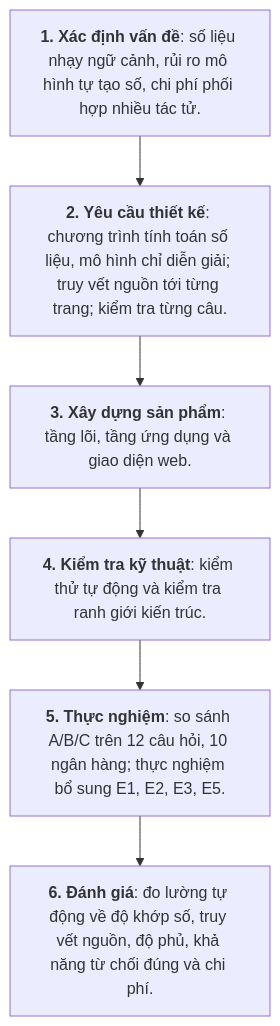
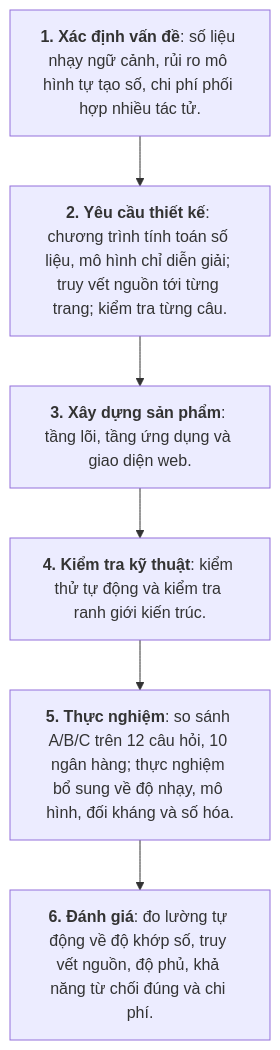
One commit to thaicuong576/final-thesis changed the diagram in docs/thesis-v2/figures/hinh-3-1-quy-trinh-dsr.mmd. Above: the diagram before and after it, drawn with Mermaid. The commit also changed 10 other files, not shown here.

```diff
--- a/docs/thesis-v2/figures/hinh-3-1-quy-trinh-dsr.mmd
+++ b/docs/thesis-v2/figures/hinh-3-1-quy-trinh-dsr.mmd
@@ -1,8 +1,8 @@
 flowchart TB
     S1["<b>1. Xác định vấn đề</b>: số liệu nhạy ngữ cảnh, rủi ro mô hình tự tạo số, chi phí phối hợp nhiều tác tử."]
     S2["<b>2. Yêu cầu thiết kế</b>: chương trình tính toán số liệu, mô hình chỉ diễn giải; truy vết nguồn tới từng trang; kiểm tra từng câu."]
     S3["<b>3. Xây dựng sản phẩm</b>: tầng lõi, tầng ứng dụng và giao diện web."]
     S4["<b>4. Kiểm tra kỹ thuật</b>: kiểm thử tự động và kiểm tra ranh giới kiến trúc."]
-    S5["<b>5. Thực nghiệm</b>: so sánh A/B/C trên 12 câu hỏi, 10 ngân hàng; thực nghiệm bổ sung E1, E2, E3, E5."]
+    S5["<b>5. Thực nghiệm</b>: so sánh A/B/C trên 12 câu hỏi, 10 ngân hàng; thực nghiệm bổ sung về độ nhạy, mô hình, đối kháng và số hóa."]
     S6["<b>6. Đánh giá</b>: đo lường tự động về độ khớp số, truy vết nguồn, độ phủ, khả năng từ chối đúng và chi phí."]
     S1 --> S2 --> S3 --> S4 --> S5 --> S6
```
